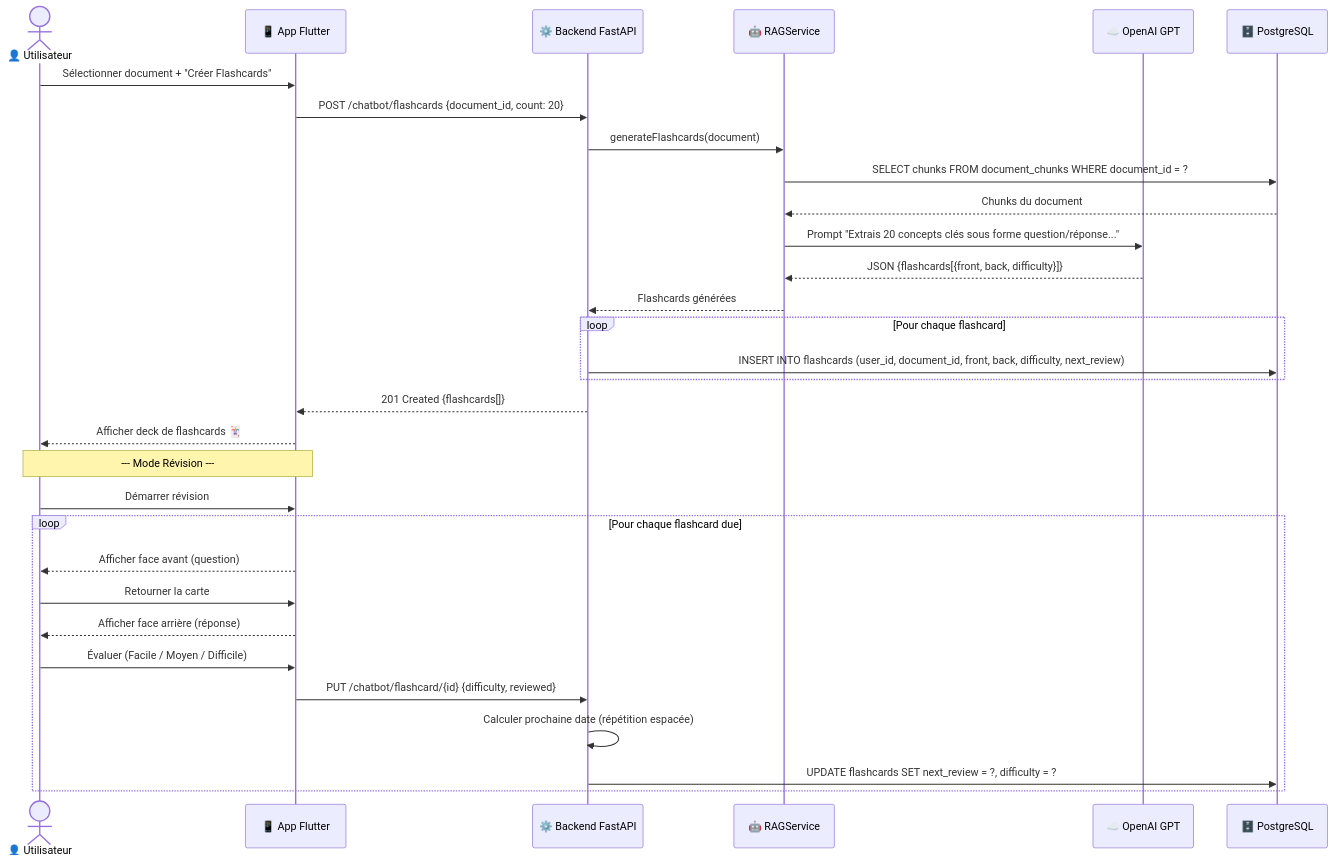
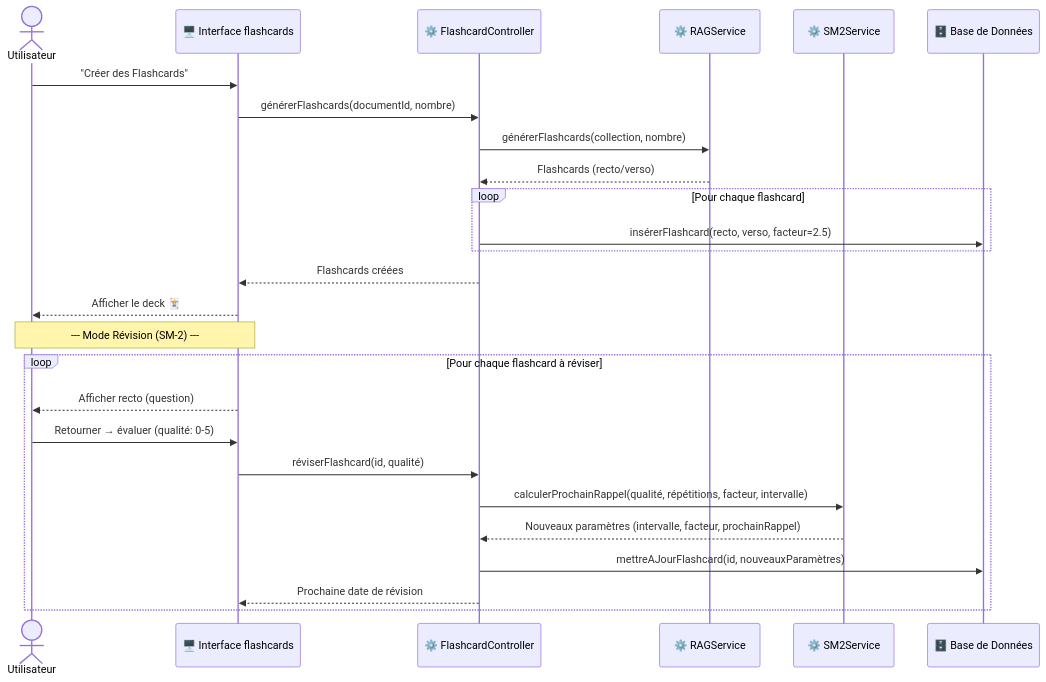
Diagram 11 of 16 in docs/Conception_DiagrammeSequence.md (Jkacem/smart_focus), drawn with Mermaid before and after one commit. The commit also changed other lines of this file and 93 other files, not shown here.

````diff
--- a/docs/Conception_DiagrammeSequence.md
+++ b/docs/Conception_DiagrammeSequence.md
@@ -403,40 +348,32 @@
 ```mermaid
 sequenceDiagram
-    actor User as 👤 Utilisateur
-    participant App as 📱 App Flutter
-    participant API as ⚙️ Backend FastAPI
-    participant RAG as 🤖 RAGService
-    participant LLM as ☁️ OpenAI GPT
-    participant DB as 🗄️ PostgreSQL
+    actor Utilisateur
+    participant B as 🖥️ Interface flashcards
+    participant C as ⚙️ FlashcardController
+    participant RAG as ⚙️ RAGService
+    participant SM2 as ⚙️ SM2Service
+    participant E as 🗄️ Base de Données
 
-    User->>App: Sélectionner document + "Créer Flashcards"
-    App->>API: POST /chatbot/flashcards {document_id, count: 20}
-    
-    API->>RAG: generateFlashcards(document)
-    RAG->>DB: SELECT chunks FROM document_chunks WHERE document_id = ?
-    DB-->>RAG: Chunks du document
-    
-    RAG->>LLM: Prompt "Extrais 20 concepts clés sous forme question/réponse..."
-    LLM-->>RAG: JSON {flashcards[{front, back, difficulty}]}
-    RAG-->>API: Flashcards générées
-    
+    Utilisateur->>B: "Créer des Flashcards"
+    B->>C: générerFlashcards(documentId, nombre)
+    C->>RAG: générerFlashcards(collection, nombre)
+    RAG-->>C: Flashcards (recto/verso)
+
     loop Pour chaque flashcard
-        API->>DB: INSERT INTO flashcards (user_id, document_id, front, back, difficulty, next_review)
+        C->>E: insérerFlashcard(recto, verso, facteur=2.5)
     end
-    
-    API-->>App: 201 Created {flashcards[]}
-    App-->>User: Afficher deck de flashcards 🃏
-    
-    Note over User, App: --- Mode Révision ---
-    
-    User->>App: Démarrer révision
-    loop Pour chaque flashcard due
-        App-->>User: Afficher face avant (question)
-        User->>App: Retourner la carte
-        App-->>User: Afficher face arrière (réponse)
-        User->>App: Évaluer (Facile / Moyen / Difficile)
-        App->>API: PUT /chatbot/flashcard/{id} {difficulty, reviewed}
-        API->>API: Calculer prochaine date (répétition espacée)
-        API->>DB: UPDATE flashcards SET next_review = ?, difficulty = ?
+    C-->>B: Flashcards créées
+    B-->>Utilisateur: Afficher le deck 🃏
+
+    Note over Utilisateur, B: --- Mode Révision (SM-2) ---
+
+    loop Pour chaque flashcard à réviser
+        B-->>Utilisateur: Afficher recto (question)
+        Utilisateur->>B: Retourner → évaluer (qualité: 0-5)
+        B->>C: réviserFlashcard(id, qualité)
+        C->>SM2: calculerProchainRappel(qualité, répétitions, facteur, intervalle)
+        SM2-->>C: Nouveaux paramètres (intervalle, facteur, prochainRappel)
+        C->>E: mettreAJourFlashcard(id, nouveauxParamètres)
+        C-->>B: Prochaine date de révision
     end
 ```
````
